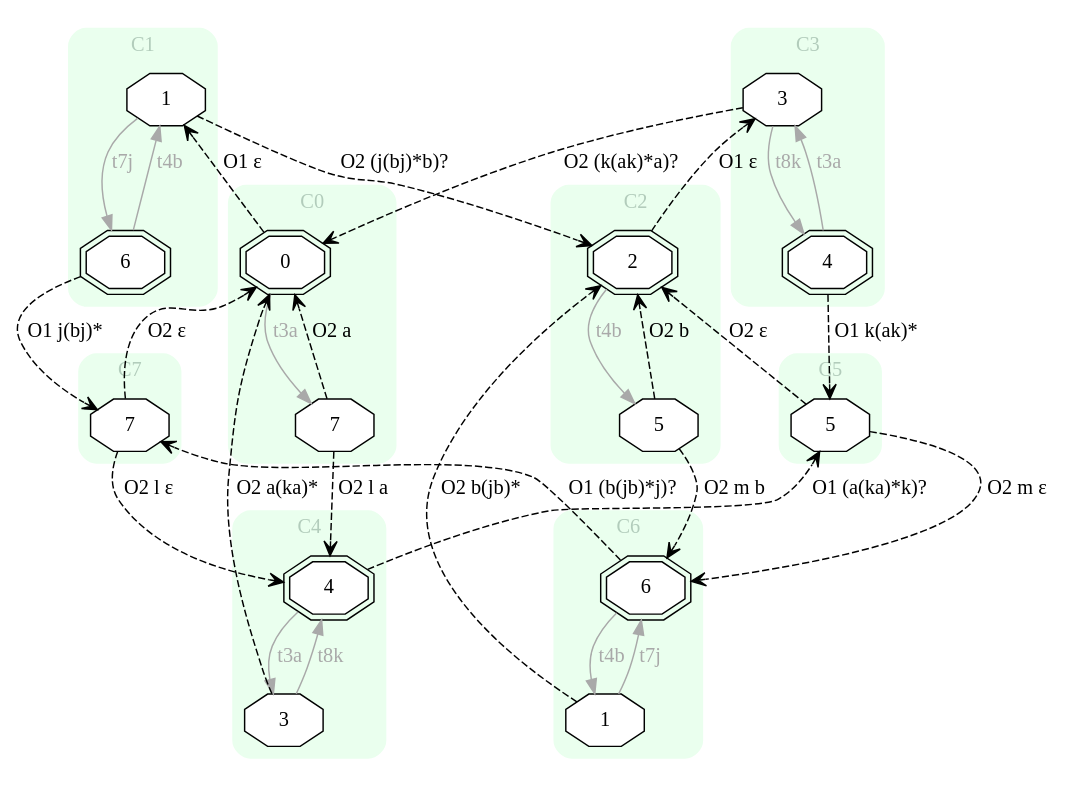
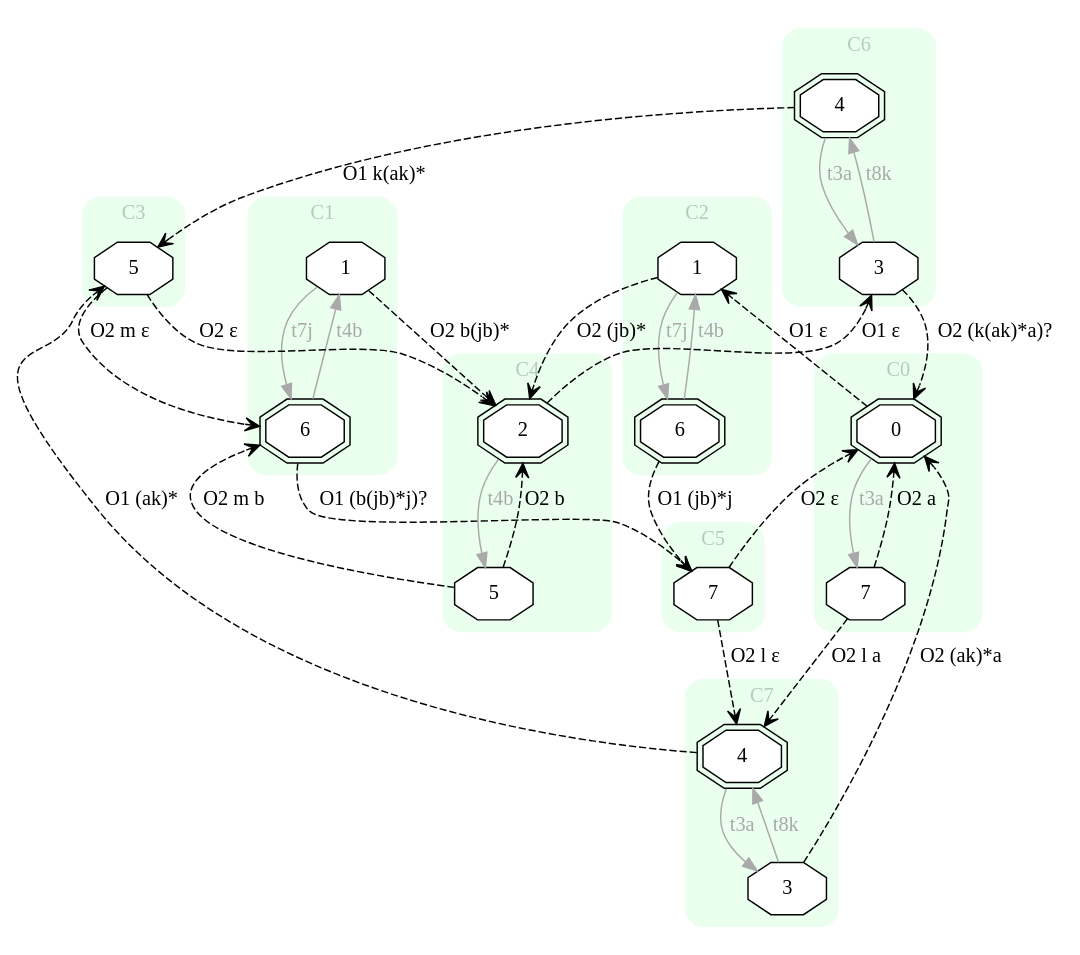
Before and after one commit to Stefano-BS/Explanatory-Diagnosis: the diagram in input/s2_EXP.dot, drawn with Graphviz. The commit also changed 21 other files, not shown here.

```diff
--- a/input/s2_EXP.dot
+++ b/input/s2_EXP.dot
@@ -1,77 +1,77 @@
 digraph "EXPinput/s2" {
 node [style=filled fillcolor=white]
 subgraph cluster0 {
 style="rounded,filled" label="C0" fontcolor="#B2CCBB" color="#EAFFEE"
 edge[color=darkgray fontcolor=darkgray]
 node [shape=doubleoctagon]; C0S0 [label=0];
 node [shape=octagon]; C0S7 [label=7];
 C0S0 -> C0S7 [label=t3a]
 }
 subgraph cluster1 {
 style="rounded,filled" label="C1" fontcolor="#B2CCBB" color="#EAFFEE"
 edge[color=darkgray fontcolor=darkgray]
 node [shape=octagon]; C1S1 [label=1];
 node [shape=doubleoctagon]; C1S6 [label=6];
 C1S1 -> C1S6 [label=t7j]
 C1S6 -> C1S1 [label=t4b]
 }
 subgraph cluster2 {
 style="rounded,filled" label="C2" fontcolor="#B2CCBB" color="#EAFFEE"
 edge[color=darkgray fontcolor=darkgray]
-node [shape=doubleoctagon]; C2S2 [label=2];
-node [shape=octagon]; C2S5 [label=5];
-C2S2 -> C2S5 [label=t4b]
+node [shape=octagon]; C2S1 [label=1];
+node [shape=doubleoctagon]; C2S6 [label=6];
+C2S1 -> C2S6 [label=t7j]
+C2S6 -> C2S1 [label=t4b]
 }
 subgraph cluster3 {
 style="rounded,filled" label="C3" fontcolor="#B2CCBB" color="#EAFFEE"
 edge[color=darkgray fontcolor=darkgray]
-node [shape=octagon]; C3S3 [label=3];
-node [shape=doubleoctagon]; C3S4 [label=4];
-C3S3 -> C3S4 [label=t8k]
-C3S4 -> C3S3 [label=t3a]
+node [shape=octagon]; C3S5 [label=5];
 }
 subgraph cluster4 {
 style="rounded,filled" label="C4" fontcolor="#B2CCBB" color="#EAFFEE"
 edge[color=darkgray fontcolor=darkgray]
-node [shape=doubleoctagon]; C4S4 [label=4];
-node [shape=octagon]; C4S3 [label=3];
-C4S4 -> C4S3 [label=t3a]
-C4S3 -> C4S4 [label=t8k]
+node [shape=doubleoctagon]; C4S2 [label=2];
+node [shape=octagon]; C4S5 [label=5];
+C4S2 -> C4S5 [label=t4b]
 }
 subgraph cluster5 {
 style="rounded,filled" label="C5" fontcolor="#B2CCBB" color="#EAFFEE"
 edge[color=darkgray fontcolor=darkgray]
-node [shape=octagon]; C5S5 [label=5];
+node [shape=octagon]; C5S7 [label=7];
 }
 subgraph cluster6 {
 style="rounded,filled" label="C6" fontcolor="#B2CCBB" color="#EAFFEE"
 edge[color=darkgray fontcolor=darkgray]
-node [shape=doubleoctagon]; C6S6 [label=6];
-node [shape=octagon]; C6S1 [label=1];
-C6S6 -> C6S1 [label=t4b]
-C6S1 -> C6S6 [label=t7j]
+node [shape=doubleoctagon]; C6S4 [label=4];
+node [shape=octagon]; C6S3 [label=3];
+C6S4 -> C6S3 [label=t3a]
+C6S3 -> C6S4 [label=t8k]
 }
 subgraph cluster7 {
 style="rounded,filled" label="C7" fontcolor="#B2CCBB" color="#EAFFEE"
 edge[color=darkgray fontcolor=darkgray]
-node [shape=octagon]; C7S7 [label=7];
+node [shape=doubleoctagon]; C7S4 [label=4];
+node [shape=octagon]; C7S3 [label=3];
+C7S4 -> C7S3 [label=t3a]
+C7S3 -> C7S4 [label=t8k]
 }
-C0S0 -> C1S1 [style=dashed arrowhead=vee label="O1 ε"]
-C0S7 -> C4S4 [style=dashed arrowhead=vee label="O2 l a"]
+C0S0 -> C2S1 [style=dashed arrowhead=vee label="O1 ε"]
+C0S7 -> C7S4 [style=dashed arrowhead=vee label="O2 l a"]
 C0S7 -> C0S0 [style=dashed arrowhead=vee label="O2 a"]
-C1S1 -> C2S2 [style=dashed arrowhead=vee label="O2 (j(bj)*b)?"]
-C1S6 -> C7S7 [style=dashed arrowhead=vee label="O1 j(bj)*"]
-C2S2 -> C3S3 [style=dashed arrowhead=vee label="O1 ε"]
-C2S5 -> C6S6 [style=dashed arrowhead=vee label="O2 m b"]
-C2S5 -> C2S2 [style=dashed arrowhead=vee label="O2 b"]
-C3S3 -> C0S0 [style=dashed arrowhead=vee label="O2 (k(ak)*a)?"]
-C3S4 -> C5S5 [style=dashed arrowhead=vee label="O1 k(ak)*"]
-C4S4 -> C5S5 [style=dashed arrowhead=vee label="O1 (a(ka)*k)?"]
-C4S3 -> C0S0 [style=dashed arrowhead=vee label="O2 a(ka)*"]
-C5S5 -> C6S6 [style=dashed arrowhead=vee label="O2 m ε"]
-C5S5 -> C2S2 [style=dashed arrowhead=vee label="O2 ε"]
-C6S6 -> C7S7 [style=dashed arrowhead=vee label="O1 (b(jb)*j)?"]
-C6S1 -> C2S2 [style=dashed arrowhead=vee label="O2 b(jb)*"]
-C7S7 -> C4S4 [style=dashed arrowhead=vee label="O2 l ε"]
-C7S7 -> C0S0 [style=dashed arrowhead=vee label="O2 ε"]
+C1S6 -> C5S7 [style=dashed arrowhead=vee label="O1 (b(jb)*j)?"]
+C1S1 -> C4S2 [style=dashed arrowhead=vee label="O2 b(jb)*"]
+C2S1 -> C4S2 [style=dashed arrowhead=vee label="O2 (jb)*"]
+C2S6 -> C5S7 [style=dashed arrowhead=vee label="O1 (jb)*j"]
+C3S5 -> C1S6 [style=dashed arrowhead=vee label="O2 m ε"]
+C3S5 -> C4S2 [style=dashed arrowhead=vee label="O2 ε"]
+C4S2 -> C6S3 [style=dashed arrowhead=vee label="O1 ε"]
+C4S5 -> C1S6 [style=dashed arrowhead=vee label="O2 m b"]
+C4S5 -> C4S2 [style=dashed arrowhead=vee label="O2 b"]
+C5S7 -> C7S4 [style=dashed arrowhead=vee label="O2 l ε"]
+C5S7 -> C0S0 [style=dashed arrowhead=vee label="O2 ε"]
+C6S3 -> C0S0 [style=dashed arrowhead=vee label="O2 (k(ak)*a)?"]
+C6S4 -> C3S5 [style=dashed arrowhead=vee label="O1 k(ak)*"]
+C7S4 -> C3S5 [style=dashed arrowhead=vee label="O1 (ak)*"]
+C7S3 -> C0S0 [style=dashed arrowhead=vee label="O2 (ak)*a"]
 }
```
